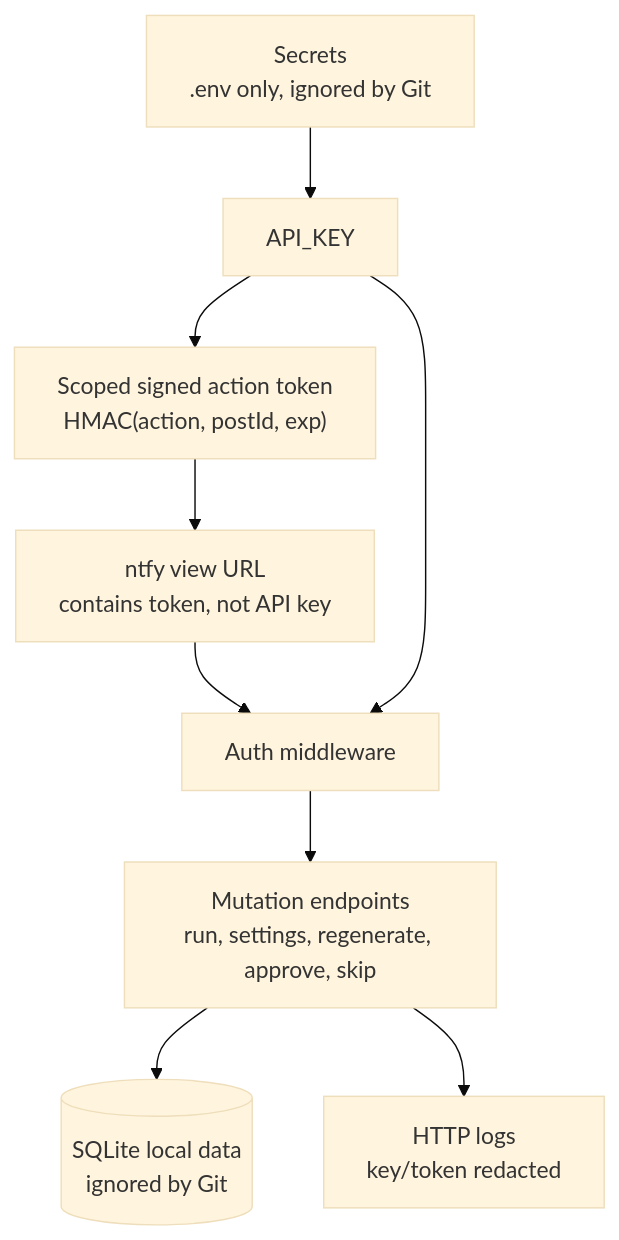
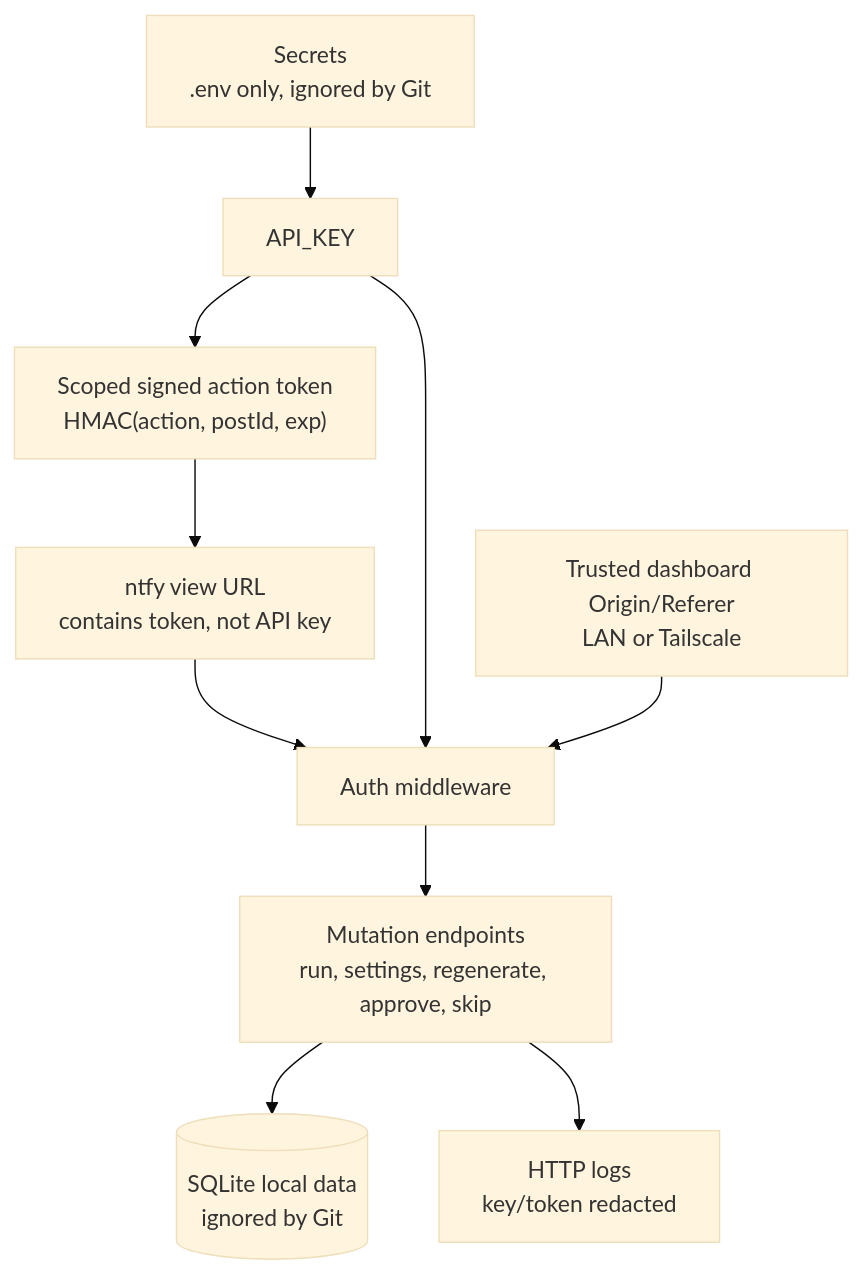
Before and after one commit to MaxRecursion/Xposter: the diagram in docs/diagrams/security-model.mmd, drawn with Mermaid (base theme). The commit also changed 8 other files, not shown here.

Commit message:
Add Tailscale dashboard trust for phone access

```diff
--- a/docs/diagrams/security-model.mmd
+++ b/docs/diagrams/security-model.mmd
@@ -1,18 +1,20 @@
 flowchart TD
   Secrets["Secrets\n.env only, ignored by Git"]
   APIKey["API_KEY"]
   Token["Scoped signed action token\nHMAC(action, postId, exp)"]
   NtfyUrl["ntfy view URL\ncontains token, not API key"]
   Auth["Auth middleware"]
+  Origin["Trusted dashboard Origin/Referer\nLAN or Tailscale"]
   Mutations["Mutation endpoints\nrun, settings, regenerate, approve, skip"]
   Logs["HTTP logs\nkey/token redacted"]
   DB[("SQLite local data\nignored by Git")]
 
   Secrets --> APIKey
   APIKey --> Token
   Token --> NtfyUrl
   NtfyUrl --> Auth
   APIKey --> Auth
+  Origin --> Auth
   Auth --> Mutations
   Mutations --> DB
   Mutations --> Logs
```
